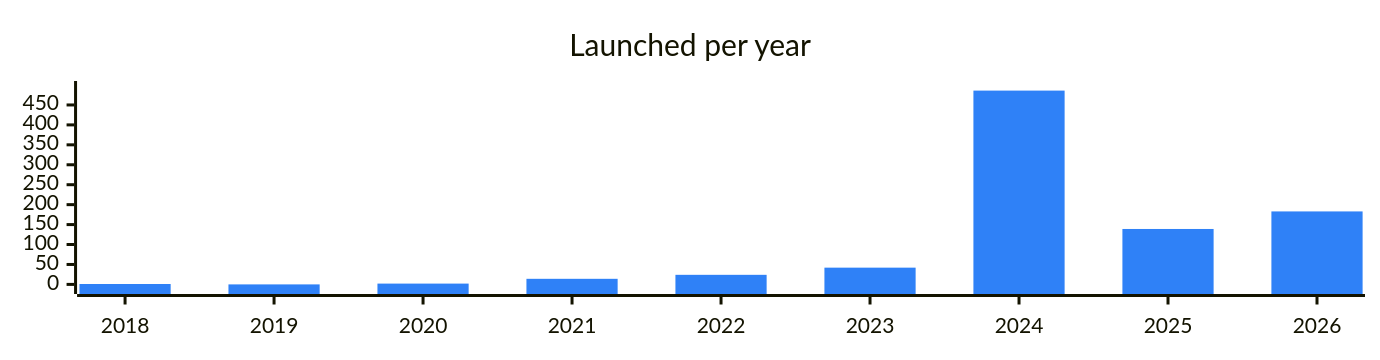
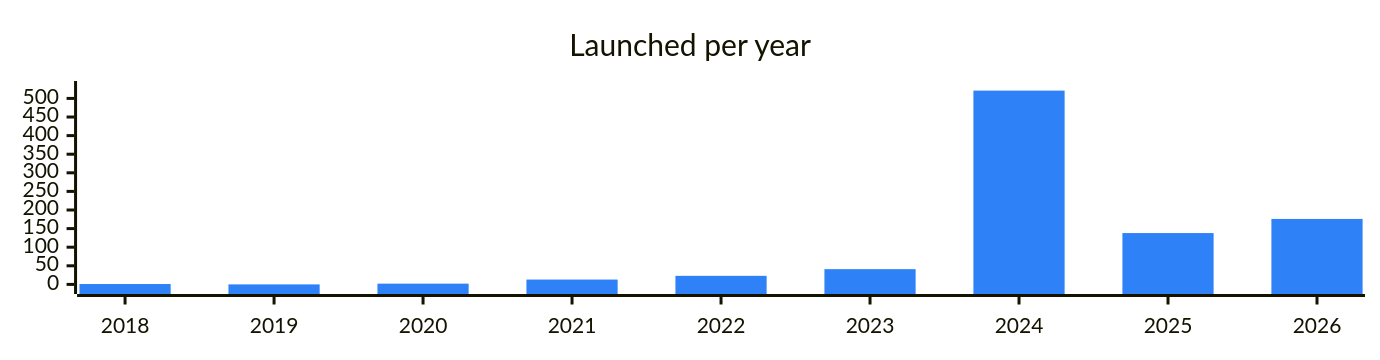
The diagram in categories/farming.md (vitalikgpt/gram-ecosystem), drawn with Mermaid before and after one commit. The commit also changed other lines of this file and 69 other files, not shown here.

````diff
--- a/categories/farming.md
+++ b/categories/farming.md
@@ -7,7 +7,7 @@
 ```mermaid
 %%{init: {"xyChart": {"width": 900, "height": 220}, "themeVariables": {"xyChart": {"plotColorPalette": "#2f81f7"}}}}%%
 xychart-beta
   title "Launched per year"
   x-axis ["2018", "2019", "2020", "2021", "2022", "2023", "2024", "2025", "2026"]
-  bar [1, 0, 2, 14, 24, 42, 486, 139, 183]
+  bar [1, 0, 2, 13, 23, 41, 521, 138, 176]
 ```
````
